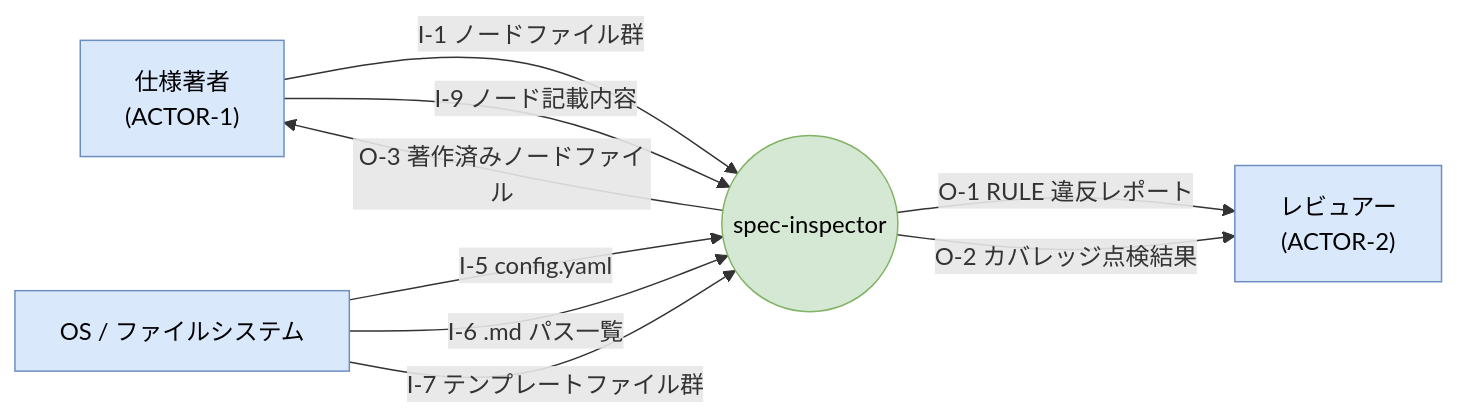
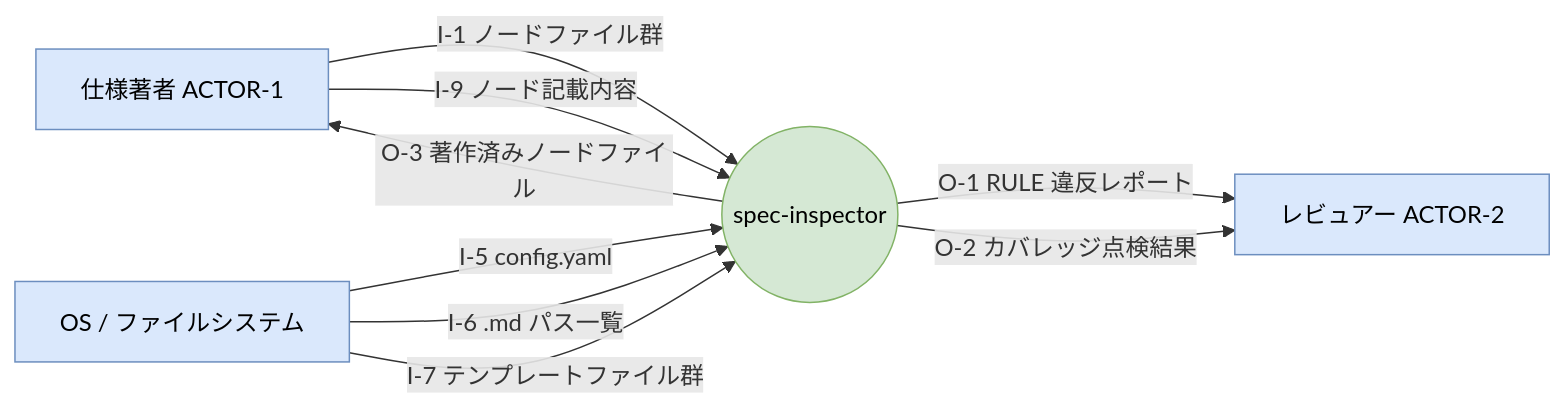
The first of 15 diagrams in doc-system/03-analysis/00-dfd.md (hiratashinnya/review-system), drawn with Mermaid before and after one commit. The commit also changed other lines of this file, not shown here.

````diff
--- a/doc-system/03-analysis/00-dfd.md
+++ b/doc-system/03-analysis/00-dfd.md
@@ -15,19 +23,19 @@
 ```mermaid
 flowchart LR
   classDef ext fill:#dae8fc,stroke:#6c8ebf,color:#000
   classDef sys fill:#d5e8d4,stroke:#82b366,color:#000
 
-  ACTOR1["仕様著者\n(ACTOR-1)"]:::ext
-  ACTOR2["レビュアー\n(ACTOR-2)"]:::ext
+  ACTOR1["仕様著者 ACTOR-1"]:::ext
+  ACTOR2["レビュアー ACTOR-2"]:::ext
   FS["OS / ファイルシステム"]:::ext
   SYS(("spec-inspector")):::sys
 
   ACTOR1 -->|"I-1 ノードファイル群"| SYS
   ACTOR1 -->|"I-9 ノード記載内容"| SYS
-  FS      -->|"I-5 config.yaml"| SYS
-  FS      -->|"I-6 .md パス一覧"| SYS
-  FS      -->|"I-7 テンプレートファイル群"| SYS
-  SYS     -->|"O-1 RULE 違反レポート"| ACTOR2
-  SYS     -->|"O-2 カバレッジ点検結果"| ACTOR2
-  SYS     -->|"O-3 著作済みノードファイル"| ACTOR1
+  FS     -->|"I-5 config.yaml"| SYS
+  FS     -->|"I-6 .md パス一覧"| SYS
+  FS     -->|"I-7 テンプレートファイル群"| SYS
+  SYS    -->|"O-1 RULE 違反レポート"| ACTOR2
+  SYS    -->|"O-2 カバレッジ点検結果"| ACTOR2
+  SYS    -->|"O-3 著作済みノードファイル"| ACTOR1
 ```
````
